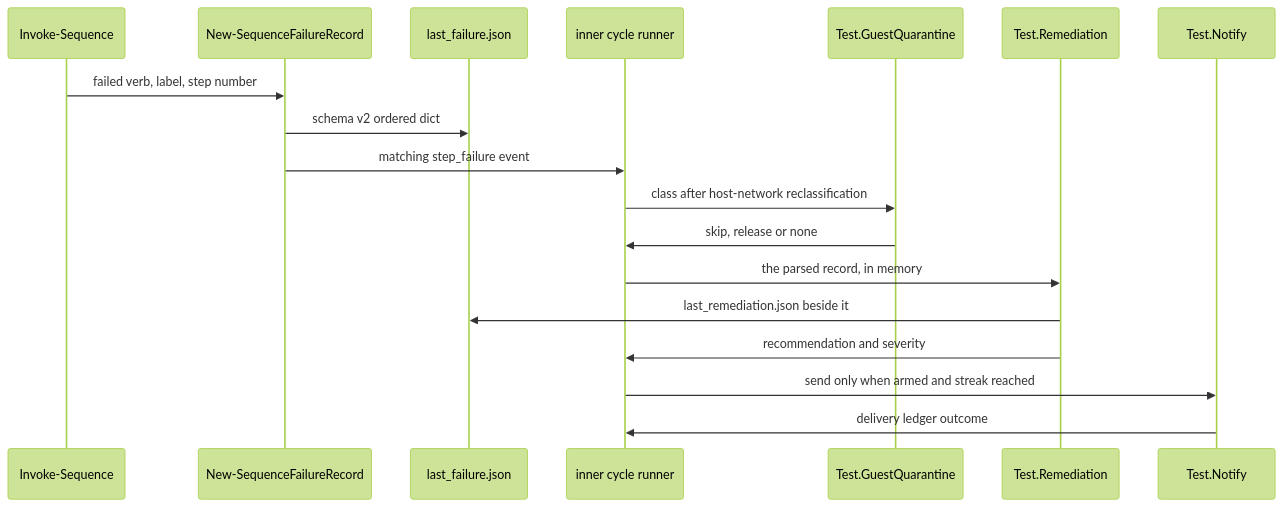
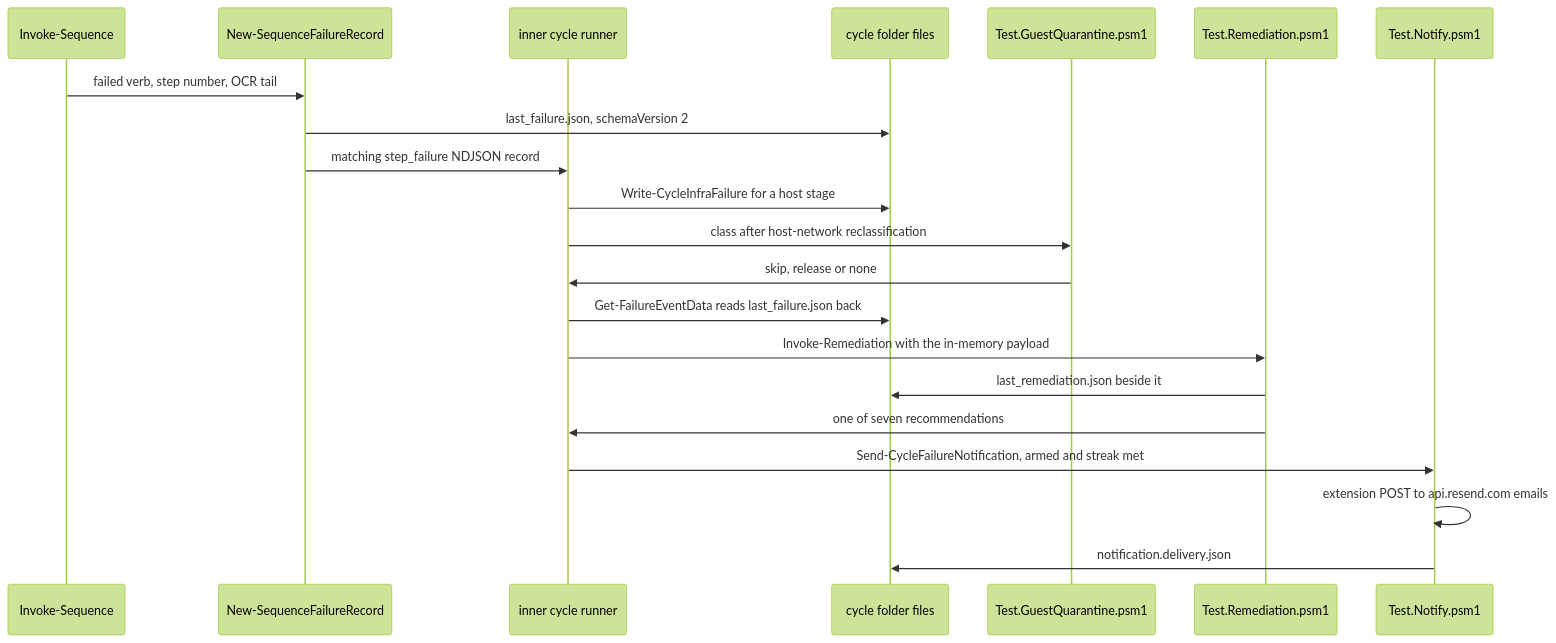
The fourth of 7 diagrams in docs/design/03-data-flows.md (alissonsol/yuruna), drawn with Mermaid (forest theme) before and after one commit. The commit also changed other lines of this file and 752 other files, not shown here.

````diff
--- a/docs/design/03-data-flows.md
+++ b/docs/design/03-data-flows.md
@@ -361,20 +400,23 @@
 ```mermaid
 sequenceDiagram
     participant engine as Invoke-Sequence
     participant builder as New-SequenceFailureRecord
-    participant record as last_failure.json
-    participant runner as inner cycle runner
-    participant quarantine as Test.GuestQuarantine
-    participant remediation as Test.Remediation
-    participant notify as Test.Notify
-    engine->>builder: failed verb, label, step number
-    builder->>record: schema v2 ordered dict
-    builder->>runner: matching step_failure event
-    runner->>quarantine: class after host-network reclassification
-    quarantine->>runner: skip, release or none
-    runner->>remediation: the parsed record, in memory
-    remediation->>record: last_remediation.json beside it
-    remediation->>runner: recommendation and severity
-    runner->>notify: send only when armed and streak reached
-    notify->>runner: delivery ledger outcome
+    participant inner as inner cycle runner
+    participant files as cycle folder files
+    participant quarantine as Test.GuestQuarantine.psm1
+    participant remediation as Test.Remediation.psm1
+    participant notify as Test.Notify.psm1
+    engine->>builder: failed verb, step number, OCR tail
+    builder->>files: last_failure.json, schemaVersion 2
+    builder->>inner: matching step_failure NDJSON record
+    inner->>files: Write-CycleInfraFailure for a host stage
+    inner->>quarantine: class after host-network reclassification
+    quarantine->>inner: skip, release or none
+    inner->>files: Get-FailureEventData reads last_failure.json back
+    inner->>remediation: Invoke-Remediation with the in-memory payload
+    remediation->>files: last_remediation.json beside it
+    remediation->>inner: one of seven recommendations
+    inner->>notify: Send-CycleFailureNotification, armed and streak met
+    notify->>notify: extension POST to api.resend.com emails
+    notify->>files: notification.delivery.json
 ```
````
